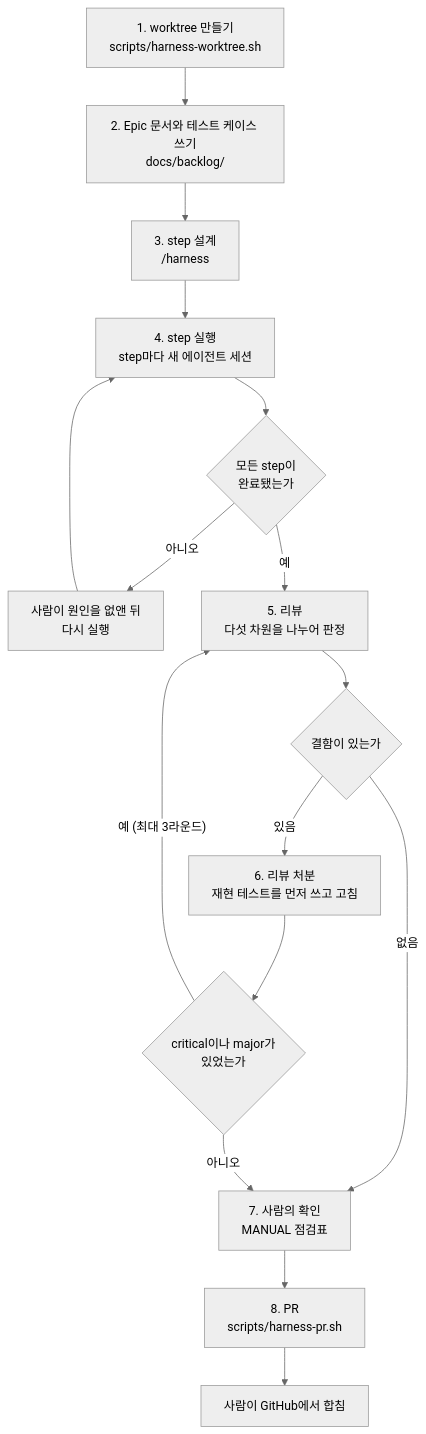
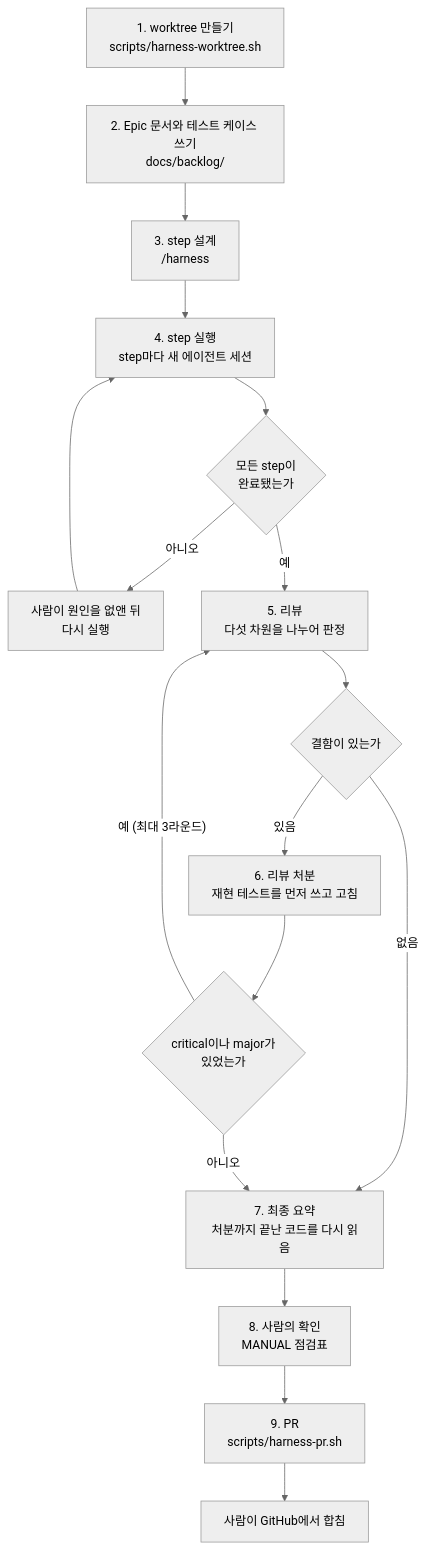
One commit to diegesis-labs/BE changed the diagram in docs/HARNESS.md. Above: the diagram before and after it, drawn with Mermaid (neutral theme). The commit also changed other lines of this file and 7 other files, not shown here.

First line of the commit message:
feat(harness): PR 본문의 "만든 것"을 처분까지 끝난 코드의 최종 요약으로 싣는다

````diff
--- a/docs/HARNESS.md
+++ b/docs/HARNESS.md
@@ -14,18 +14,19 @@
 ```mermaid
 flowchart TD
   A["1. worktree 만들기<br/>scripts/harness-worktree.sh"] --> B["2. Epic 문서와 테스트 케이스 쓰기<br/>docs/backlog/"]
   B --> C["3. step 설계<br/>/harness"]
   C --> D["4. step 실행<br/>step마다 새 에이전트 세션"]
   D --> E{"모든 step이<br/>완료됐는가"}
   E -- "아니오" --> X["사람이 원인을 없앤 뒤<br/>다시 실행"]
   X --> D
   E -- "예" --> F["5. 리뷰<br/>다섯 차원을 나누어 판정"]
   F --> G{"결함이 있는가"}
-  G -- "없음" --> J
+  G -- "없음" --> S
   G -- "있음" --> H["6. 리뷰 처분<br/>재현 테스트를 먼저 쓰고 고침"]
   H --> I{"critical이나 major가<br/>있었는가"}
   I -- "예 (최대 3라운드)" --> F
-  I -- "아니오" --> J["7. 사람의 확인<br/>MANUAL 점검표"]
-  J --> K["8. PR<br/>scripts/harness-pr.sh"]
+  I -- "아니오" --> S["7. 최종 요약<br/>처분까지 끝난 코드를 다시 읽음"]
+  S --> J["8. 사람의 확인<br/>MANUAL 점검표"]
+  J --> K["9. PR<br/>scripts/harness-pr.sh"]
   K --> L["사람이 GitHub에서 합침"]
 ```
````
